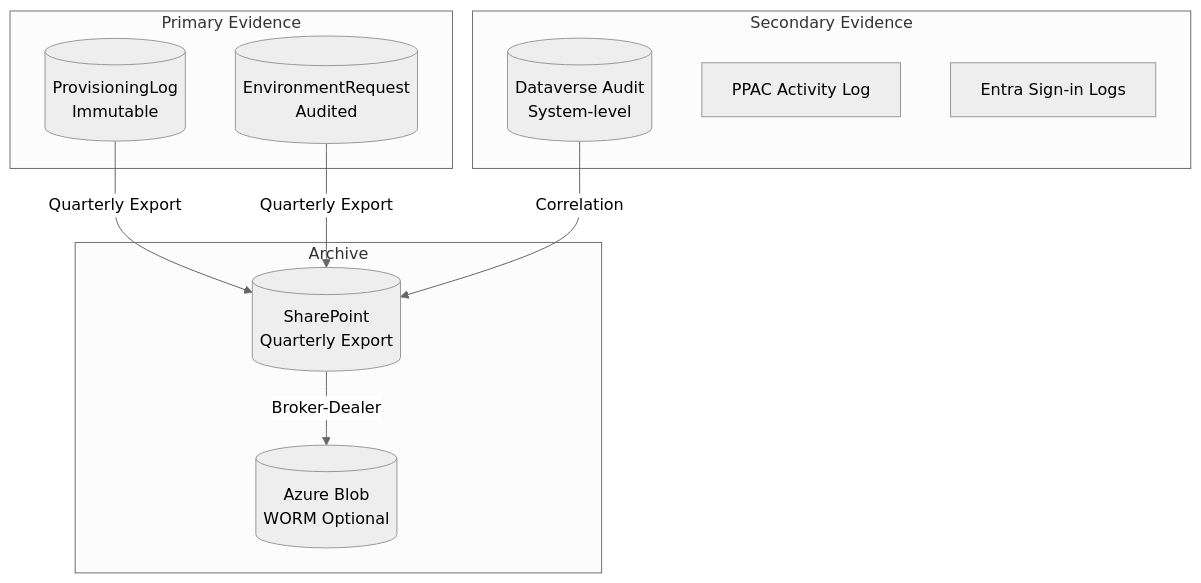
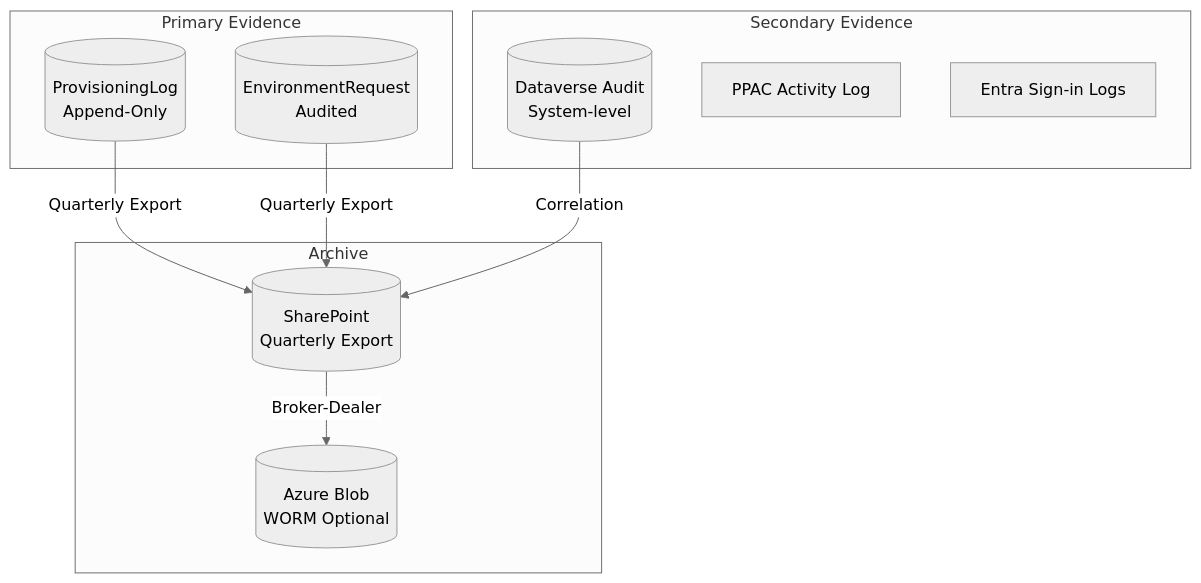
One commit to judeper/FSI-AgentGov changed the diagram in docs/playbooks/advanced-implementations/environment-lifecycle-management/evidence-and-audit.md. Above: the diagram before and after it, drawn with Mermaid (neutral theme). The commit also changed other lines of this file and 5 other files, not shown here.

````diff
--- a/docs/playbooks/advanced-implementations/environment-lifecycle-management/evidence-and-audit.md
+++ b/docs/playbooks/advanced-implementations/environment-lifecycle-management/evidence-and-audit.md
@@ -16,23 +19,23 @@
 ```mermaid
 flowchart TB
     subgraph Primary Evidence
-        PL[(ProvisioningLog<br/>Immutable)]
+        PL[(ProvisioningLog<br/>Append-Only)]
         ER[(EnvironmentRequest<br/>Audited)]
     end
 
     subgraph Secondary Evidence
         DVA[(Dataverse Audit<br/>System-level)]
         PPAC[PPAC Activity Log]
         ENTRA[Entra Sign-in Logs]
     end
 
     subgraph Archive
         SP[(SharePoint<br/>Quarterly Export)]
         BLOB[(Azure Blob<br/>WORM Optional)]
     end
 
     PL -->|Quarterly Export| SP
     ER -->|Quarterly Export| SP
     DVA -->|Correlation| SP
     SP -->|Broker-Dealer| BLOB
 ```
````
